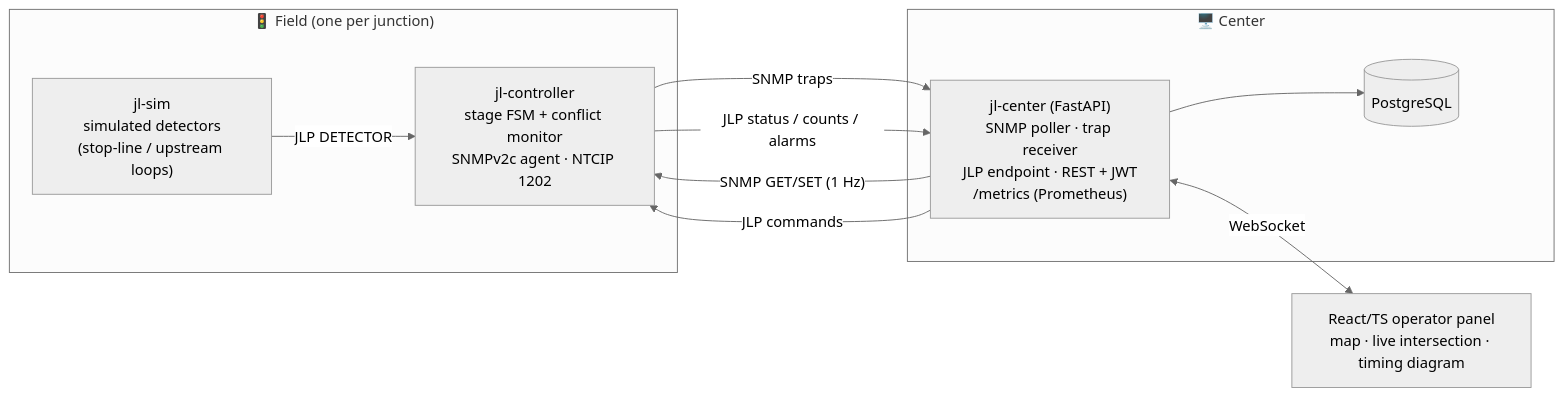
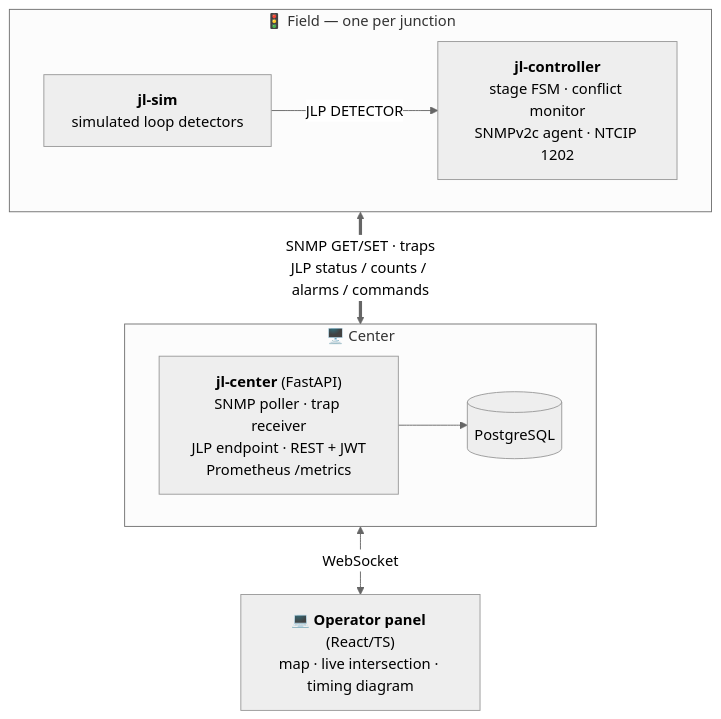
One commit to umurozu/junction-lab changed the diagram in README.md. Above: the diagram before and after it, drawn with Mermaid (neutral theme). The commit also changed 1 other file, not shown here.

Commit message:
Architecture diagram: top-down layout

````diff
--- a/README.md
+++ b/README.md
@@ -13,22 +13,21 @@
 ```mermaid
-flowchart LR
-    subgraph FIELD["🚦 Field (one per junction)"]
-        SIM["jl-sim<br/>simulated detectors<br/>(stop-line / upstream loops)"]
-        CTRL["jl-controller<br/>stage FSM + conflict monitor<br/>SNMPv2c agent · NTCIP 1202"]
-        SIM -- "JLP DETECTOR" --> CTRL
+flowchart TB
+    subgraph FIELD["🚦 Field — one per junction"]
+        direction LR
+        SIM["<b>jl-sim</b><br/>simulated loop detectors"]
+        CTRL["<b>jl-controller</b><br/>stage FSM · conflict monitor<br/>SNMPv2c agent · NTCIP 1202"]
+        SIM -->|JLP DETECTOR| CTRL
     end
 
     subgraph CENTER["🖥️ Center"]
-        API["jl-center (FastAPI)<br/>SNMP poller · trap receiver<br/>JLP endpoint · REST + JWT<br/>/metrics (Prometheus)"]
+        direction LR
+        API["<b>jl-center</b> (FastAPI)<br/>SNMP poller · trap receiver<br/>JLP endpoint · REST + JWT<br/>Prometheus /metrics"]
         DB[("PostgreSQL")]
         API --> DB
     end
 
-    UI["React/TS operator panel<br/>map · live intersection · timing diagram"]
+    UI["💻 <b>Operator panel</b> (React/TS)<br/>map · live intersection · timing diagram"]
 
-    API -- "SNMP GET/SET (1 Hz)" --> CTRL
-    CTRL -- "SNMP traps" --> API
-    CTRL -- "JLP status / counts / alarms" --> API
-    API -- "JLP commands" --> CTRL
-    API <-- "WebSocket" --> UI
+    CTRL <==>|"SNMP GET/SET · traps<br/>JLP status / counts / alarms / commands"| API
+    API <-->|WebSocket| UI
 ```
````
